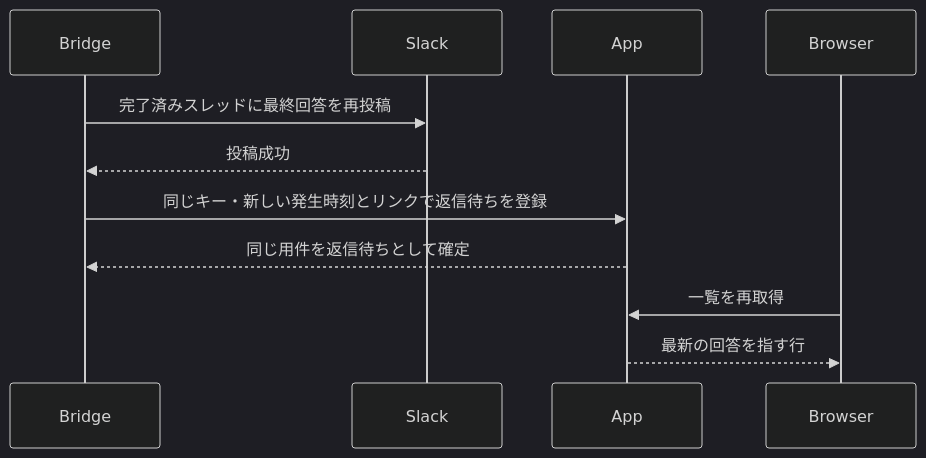
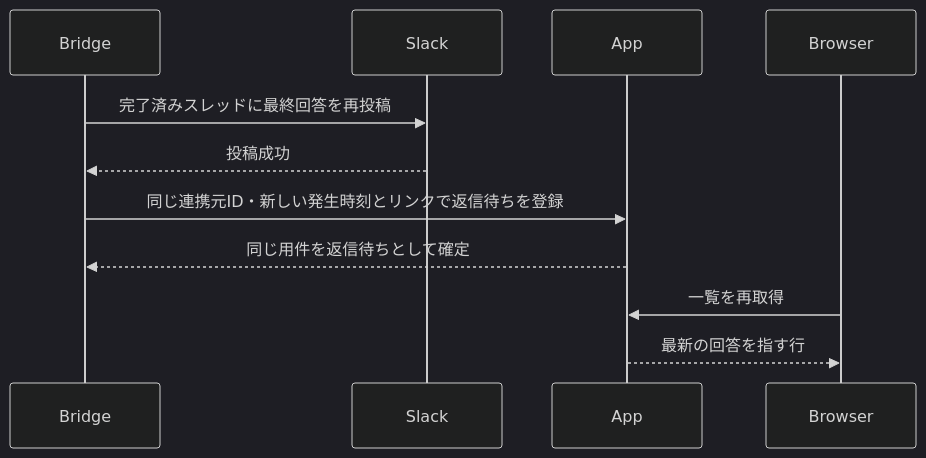
The fourth of 4 diagrams in reply-watch/docs/spec/features/reply-tracking/USECASE.md (nishimura-yuma77/preview), drawn with Mermaid (dark theme) before and after one commit. The commit also changed other lines of this file and 6 other files, not shown here.

````diff
--- a/reply-watch/docs/spec/features/reply-tracking/USECASE.md
+++ b/reply-watch/docs/spec/features/reply-tracking/USECASE.md
@@ -73,9 +74,9 @@
 ```mermaid
 sequenceDiagram
     Bridge->>Slack: 完了済みスレッドに最終回答を再投稿
     Slack-->>Bridge: 投稿成功
-    Bridge->>App: 同じキー・新しい発生時刻とリンクで返信待ちを登録
+    Bridge->>App: 同じ連携元ID・新しい発生時刻とリンクで返信待ちを登録
     App-->>Bridge: 同じ用件を返信待ちとして確定
     Browser->>App: 一覧を再取得
     App-->>Browser: 最新の回答を指す行
 ```
````
